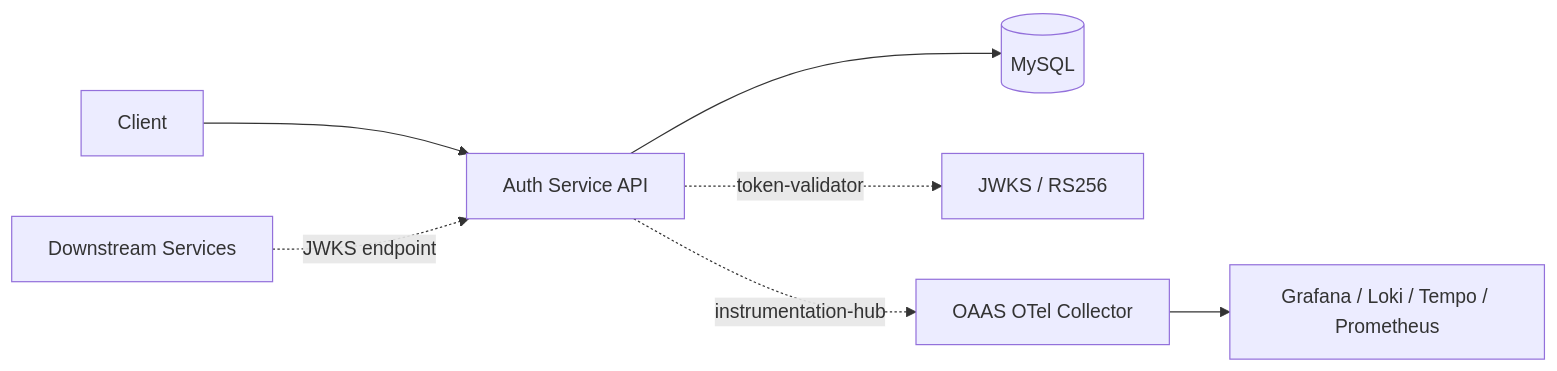
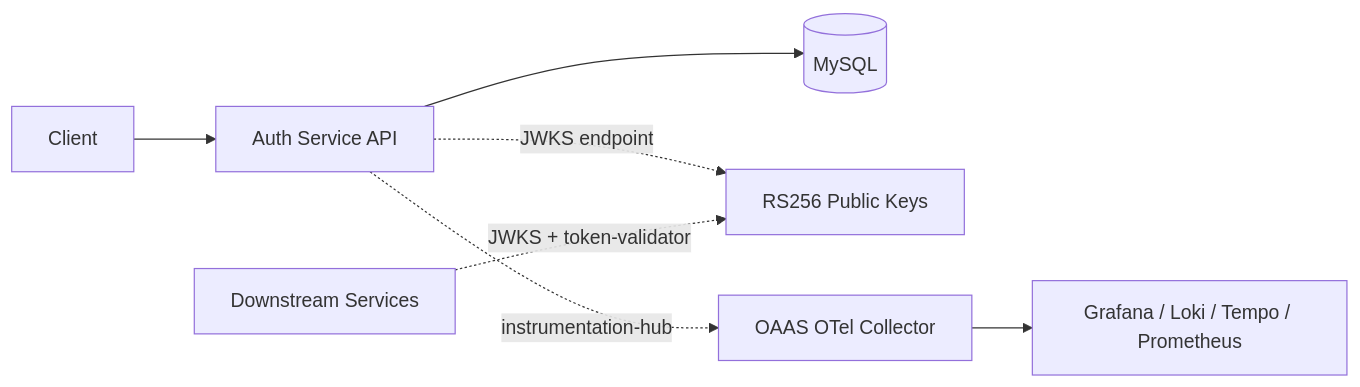
The diagram in README.md (vyavasthita/auth-service), drawn with Mermaid before and after one commit. The commit also changed other lines of this file and 27 other files, not shown here.

Commit message:
Remove token validator

````diff
--- a/README.md
+++ b/README.md
@@ -14,9 +13,9 @@
 ```mermaid
 flowchart LR
     Client --> FastAPI[Auth Service API]
     FastAPI --> MySQL[(MySQL)]
-    FastAPI -.->|token-validator| JWKS[JWKS / RS256]
+    FastAPI -.->|JWKS endpoint| JWKS[RS256 Public Keys]
     FastAPI -.->|instrumentation-hub| Collector[OAAS OTel Collector]
     Collector --> Grafana[Grafana / Loki / Tempo / Prometheus]
-    Downstream[Downstream Services] -.->|JWKS endpoint| FastAPI
+    Downstream[Downstream Services] -.->|JWKS + token-validator| JWKS
 ```
````
